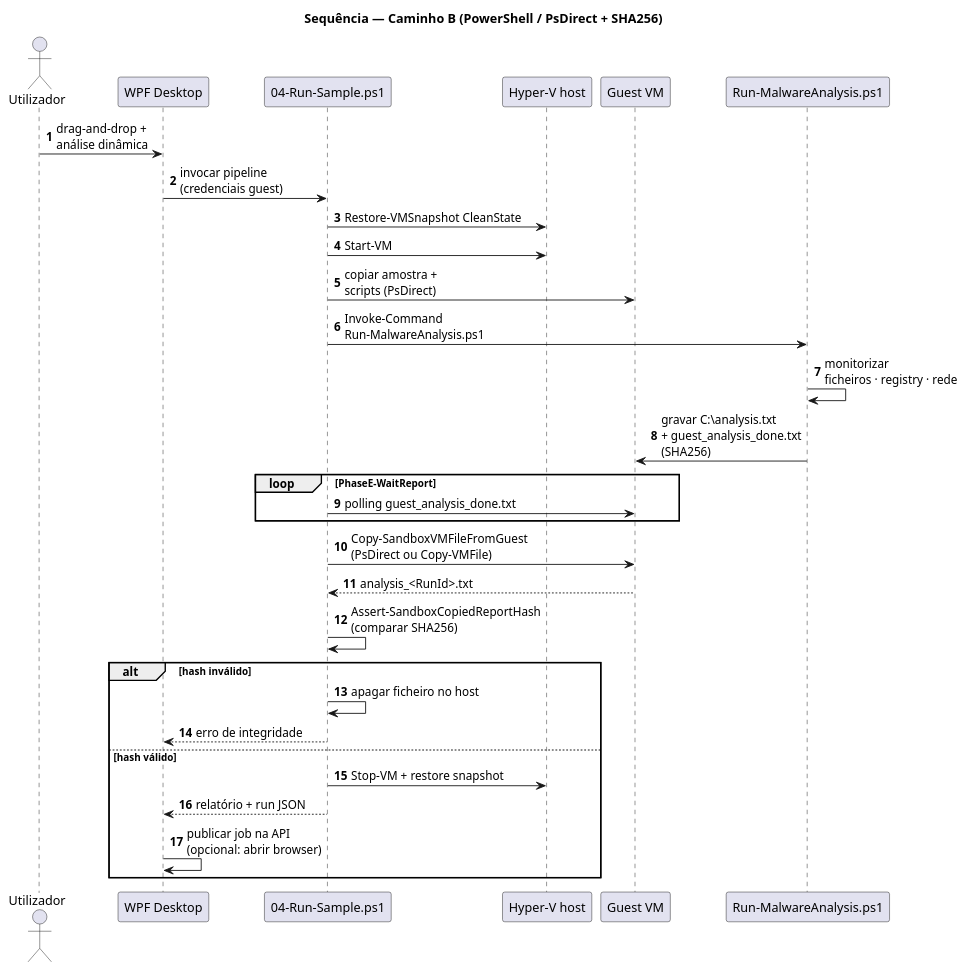
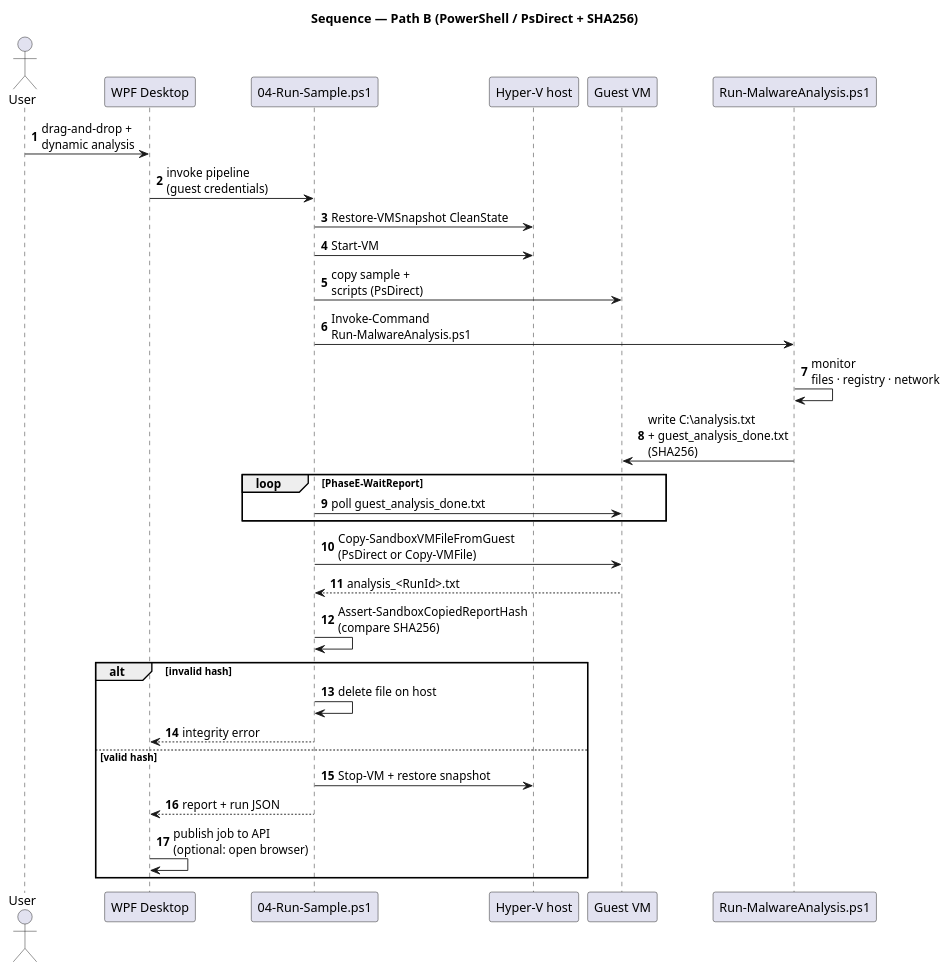
The diagram in docs/diagrams/sequence-path-b-powershell.puml (tlxp/PROJETO), drawn with PlantUML before and after one commit. The commit also changed other lines of this file and 43 other files, not shown here.

```diff
--- a/docs/diagrams/sequence-path-b-powershell.puml
+++ b/docs/diagrams/sequence-path-b-powershell.puml
@@ -2,42 +2,42 @@
 @startuml
-title Sequência — Caminho B (PowerShell / PsDirect + SHA256)
+title Sequence — Path B (PowerShell / PsDirect + SHA256)
 autonumber
 skinparam responseMessageBelowArrow true
 
-actor "Utilizador" as U
+actor "User" as U
 participant "WPF Desktop" as WPF
 participant "04-Run-Sample.ps1" as PS
 participant "Hyper-V host" as HV
 participant "Guest VM" as GUEST
 participant "Run-MalwareAnalysis.ps1" as ANALYSIS
 
-U -> WPF : drag-and-drop +\nanálise dinâmica
-WPF -> PS : invocar pipeline\n(credenciais guest)
+U -> WPF : drag-and-drop +\ndynamic analysis
+WPF -> PS : invoke pipeline\n(guest credentials)
 PS -> HV : Restore-VMSnapshot CleanState
 PS -> HV : Start-VM
-PS -> GUEST : copiar amostra +\nscripts (PsDirect)
+PS -> GUEST : copy sample +\nscripts (PsDirect)
 
 PS -> ANALYSIS : Invoke-Command\nRun-MalwareAnalysis.ps1
-ANALYSIS -> ANALYSIS : monitorizar\nficheiros · registry · rede
-' *Ficheiro de conclusão com hash SHA256*
-ANALYSIS -> GUEST : gravar C:\analysis.txt\n+ guest_analysis_done.txt\n(SHA256)
+ANALYSIS -> ANALYSIS : monitor\nfiles · registry · network
+' *Completion file with SHA256 hash*
+ANALYSIS -> GUEST : write C:\analysis.txt\n+ guest_analysis_done.txt\n(SHA256)
 
 loop PhaseE-WaitReport
-  PS -> GUEST : polling guest_analysis_done.txt
+  PS -> GUEST : poll guest_analysis_done.txt
 end
 
-PS -> GUEST : Copy-SandboxVMFileFromGuest\n(PsDirect ou Copy-VMFile)
+PS -> GUEST : Copy-SandboxVMFileFromGuest\n(PsDirect or Copy-VMFile)
 GUEST --> PS : analysis_<RunId>.txt
 
-' *Verificação de integridade antes de aceitar relatório*
-PS -> PS : Assert-SandboxCopiedReportHash\n(comparar SHA256)
-alt hash inválido
-  PS -> PS : apagar ficheiro no host
-  PS --> WPF : erro de integridade
-else hash válido
+' *Integrity verification before accepting report*
+PS -> PS : Assert-SandboxCopiedReportHash\n(compare SHA256)
+alt invalid hash
+  PS -> PS : delete file on host
+  PS --> WPF : integrity error
+else valid hash
   PS -> HV : Stop-VM + restore snapshot
-  PS --> WPF : relatório + run JSON
-  WPF -> WPF : publicar job na API\n(opcional: abrir browser)
+  PS --> WPF : report + run JSON
+  WPF -> WPF : publish job to API\n(optional: open browser)
 end
 
 @enduml
```
